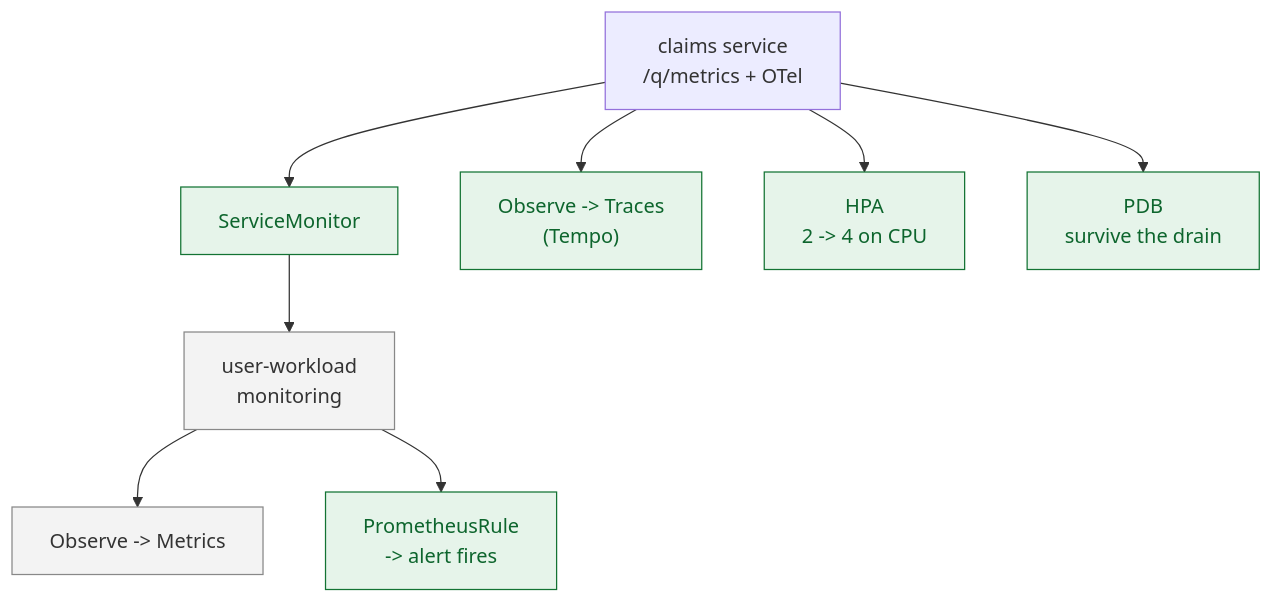
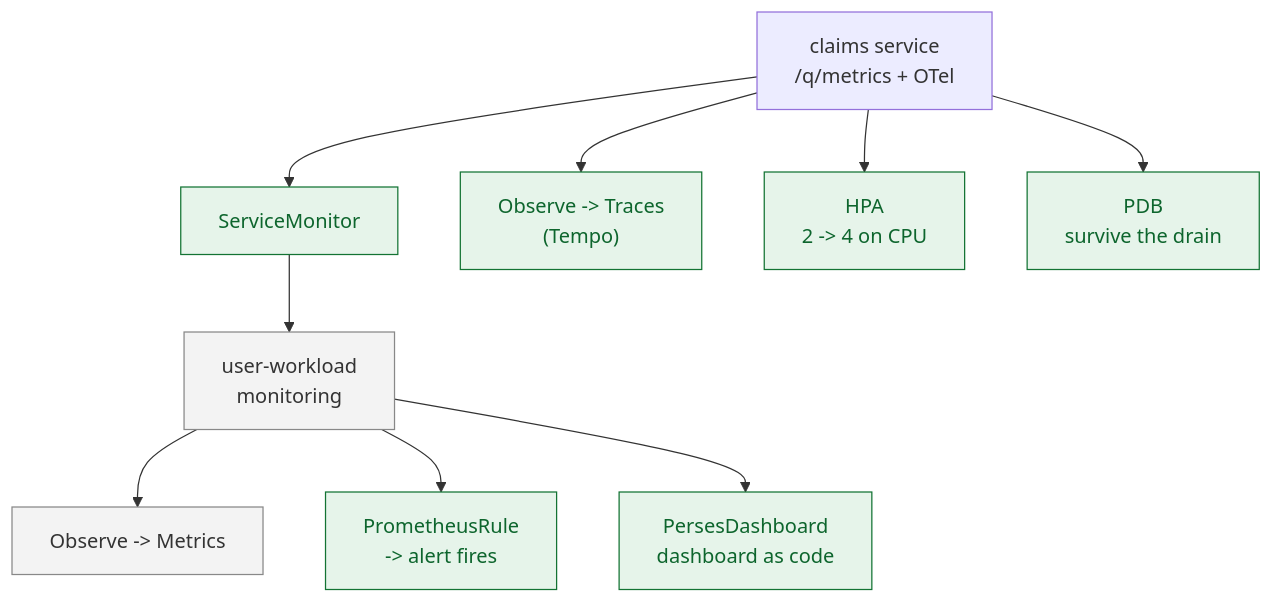
Before and after one commit to serhat-dirik/OCP-Getting-Started-Revamped: the diagram in content/modules/ROOT/examples/diagrams/observability-health-scale/05-what-you-built.mmd, drawn with Mermaid. The commit also changed 9 other files, not shown here.

```diff
--- a/content/modules/ROOT/examples/diagrams/observability-health-scale/05-what-you-built.mmd
+++ b/content/modules/ROOT/examples/diagrams/observability-health-scale/05-what-you-built.mmd
@@ -1,19 +1,20 @@
 %% What you built — Observability, Health & Scale.
-%% Everything the claims service gained this module: scraped metrics + a firing alert, a trace,
-%% CPU autoscaling, and a disruption budget.
+%% Everything the claims service gained this module: scraped metrics + a firing alert, a dashboard
+%% as code, a trace, CPU autoscaling, and a disruption budget.
 %% Resized 2026-08-22: was 716x445 intrinsic, rendering 900x559 at 1.26x text. Labels were already
 %% within the one-`<br/>` budget, so no label trimming was needed; the height came from `LR`
 %% stacking APP's four direct children (ServiceMonitor, traces, HPA, PDB) into four rows. Fix:
 %% `flowchart TB` at top level — with no subgraph to re-group, TB alone spreads same-rank siblings
 %% into a row instead of a column.
 flowchart TB
   APP["claims service<br/>/q/metrics + OTel"] --> SM[ServiceMonitor] --> UWM[user-workload<br/>monitoring]
   UWM --> DASH[Observe -> Metrics]
   UWM --> AL["PrometheusRule<br/>-> alert fires"]
+  UWM --> PD["PersesDashboard<br/>dashboard as code"]
   APP --> TR["Observe -> Traces<br/>(Tempo)"]
   APP --> HPA["HPA<br/>2 -> 4 on CPU"]
   APP --> PDB["PDB<br/>survive the drain"]
   classDef good fill:#e6f4ea,stroke:#137333,color:#0d652d;
   classDef plat fill:#f3f3f3,stroke:#888,color:#333;
-  class SM,AL,HPA,PDB,TR good;
+  class SM,AL,PD,HPA,PDB,TR good;
   class UWM,DASH plat;
```
